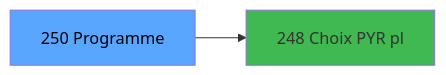
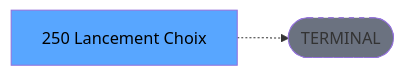
Before and after one commit to thonyAGP/lecteur-magic: the third of 3 diagrams in .openspec/renders/ADH-IDE-250.md, drawn with Mermaid. The commit also changed other lines of this file and 701 other files, not shown here.

````diff
--- a/.openspec/renders/ADH-IDE-250.md
+++ b/.openspec/renders/ADH-IDE-250.md
@@ -141,8 +134,8 @@
 ```mermaid
 graph LR
-    T[250 Programme]
-    C248[248 Choix PYR pl]
-    T --> C248
+    T[250 Lancement Choix]
+    TERM([TERMINAL])
+    T -.-> TERM
+    style TERM fill:#6b7280,stroke-dasharray: 5 5
     style T fill:#58a6ff,color:#000
-    style C248 fill:#3fb950
 ```
````
